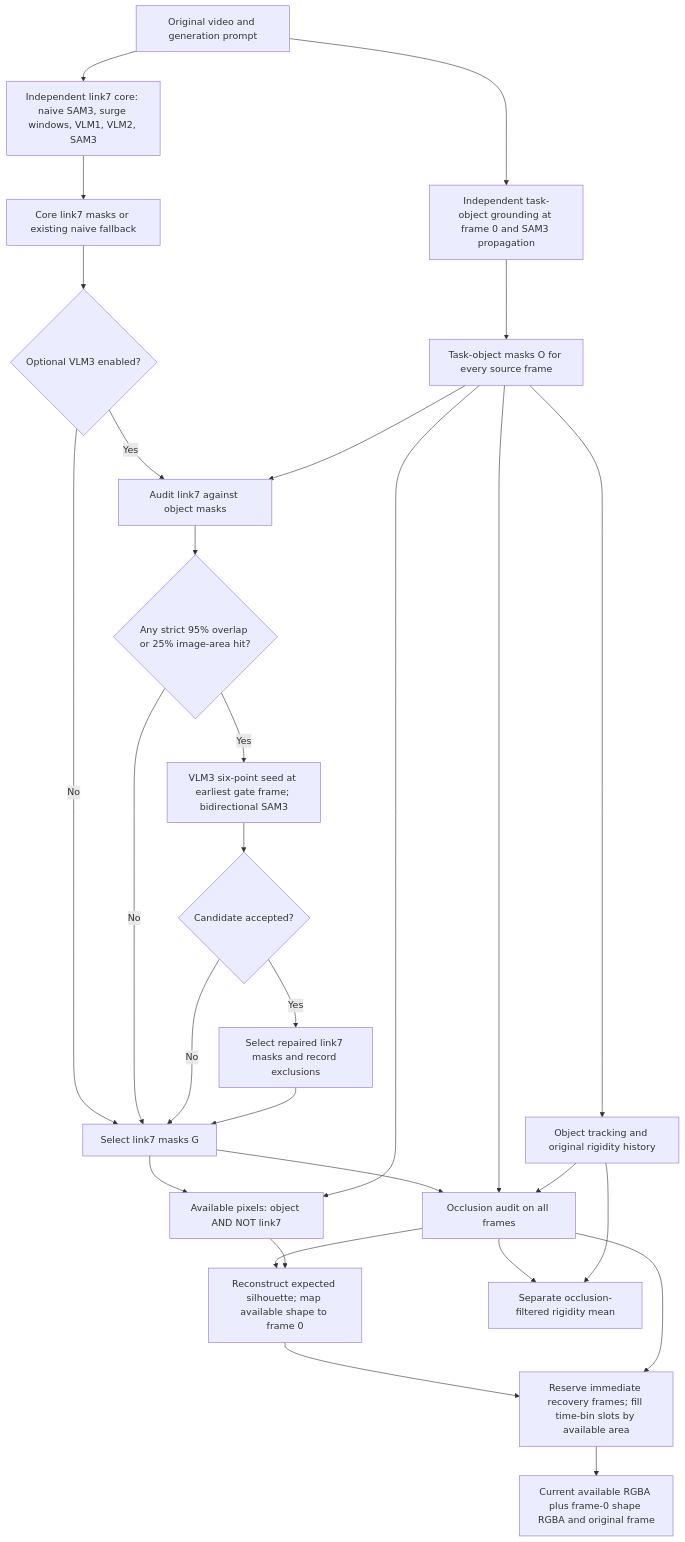
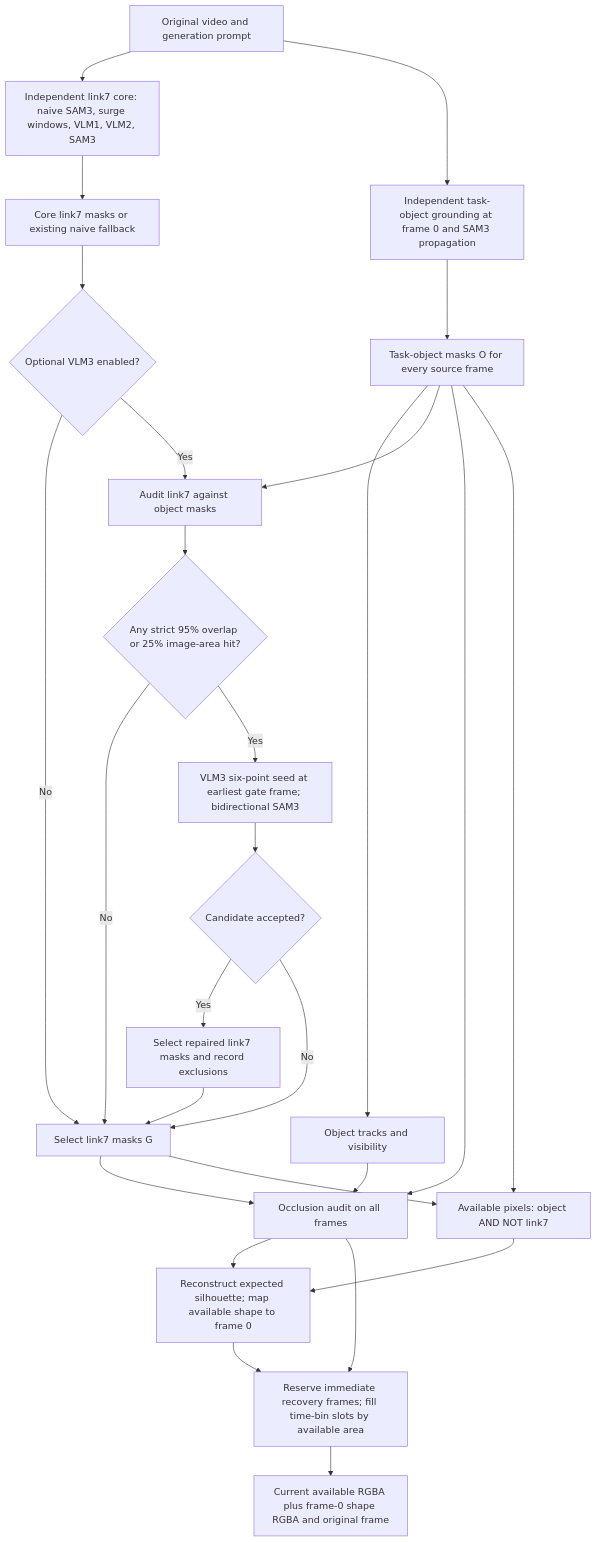
Before and after one commit to Wilsonnijc-bot/PDIBench_Segment_CAD: the first of 3 diagrams in PDI-Bench-edited/docs/link7_object_masking_occlusion_cropping.md, drawn with Mermaid. The commit also changed other lines of this file, not shown here.

````diff
--- a/PDI-Bench-edited/docs/link7_object_masking_occlusion_cropping.md
+++ b/PDI-Bench-edited/docs/link7_object_masking_occlusion_cropping.md
@@ -21,32 +21,30 @@
 ```mermaid
 flowchart TD
     V["Original video and generation prompt"]
     V --> L["Independent link7 core: naive SAM3, surge windows, VLM1, VLM2, SAM3"]
     V --> O["Independent task-object grounding at frame 0 and SAM3 propagation"]
     L --> P["Core link7 masks or existing naive fallback"]
     O --> OM["Task-object masks O for every source frame"]
-    OM --> T["Object tracking and original rigidity history"]
+    OM --> T["Object tracks and visibility"]
     P --> ENABLE{"Optional VLM3 enabled?"}
     ENABLE -->|No| G["Select link7 masks G"]
     ENABLE -->|Yes| AUDIT["Audit link7 against object masks"]
     OM --> AUDIT
     AUDIT --> HIT{"Any strict 95% overlap or 25% image-area hit?"}
     HIT -->|No| G
     HIT -->|Yes| REPAIR["VLM3 six-point seed at earliest gate frame; bidirectional SAM3"]
     REPAIR --> ACCEPT{"Candidate accepted?"}
     ACCEPT -->|Yes| NEW["Select repaired link7 masks and record exclusions"]
     ACCEPT -->|No| G
     NEW --> G
     G --> D["Occlusion audit on all frames"]
     OM --> D
     T --> D
     G --> A["Available pixels: object AND NOT link7"]
     OM --> A
     D --> MAP["Reconstruct expected silhouette; map available shape to frame 0"]
     A --> MAP
     MAP --> SELECT["Reserve immediate recovery frames; fill time-bin slots by available area"]
     D --> SELECT
     SELECT --> C["Current available RGBA plus frame-0 shape RGBA and original frame"]
-    D --> S["Separate occlusion-filtered rigidity mean"]
-    T --> S
 ```
````
